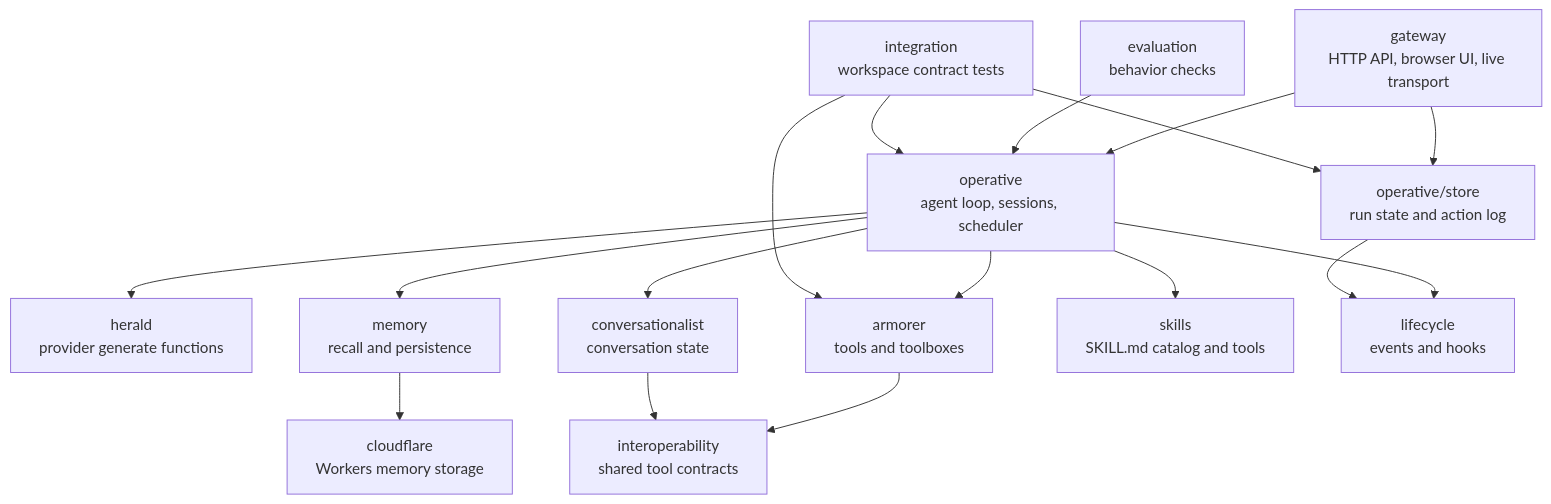
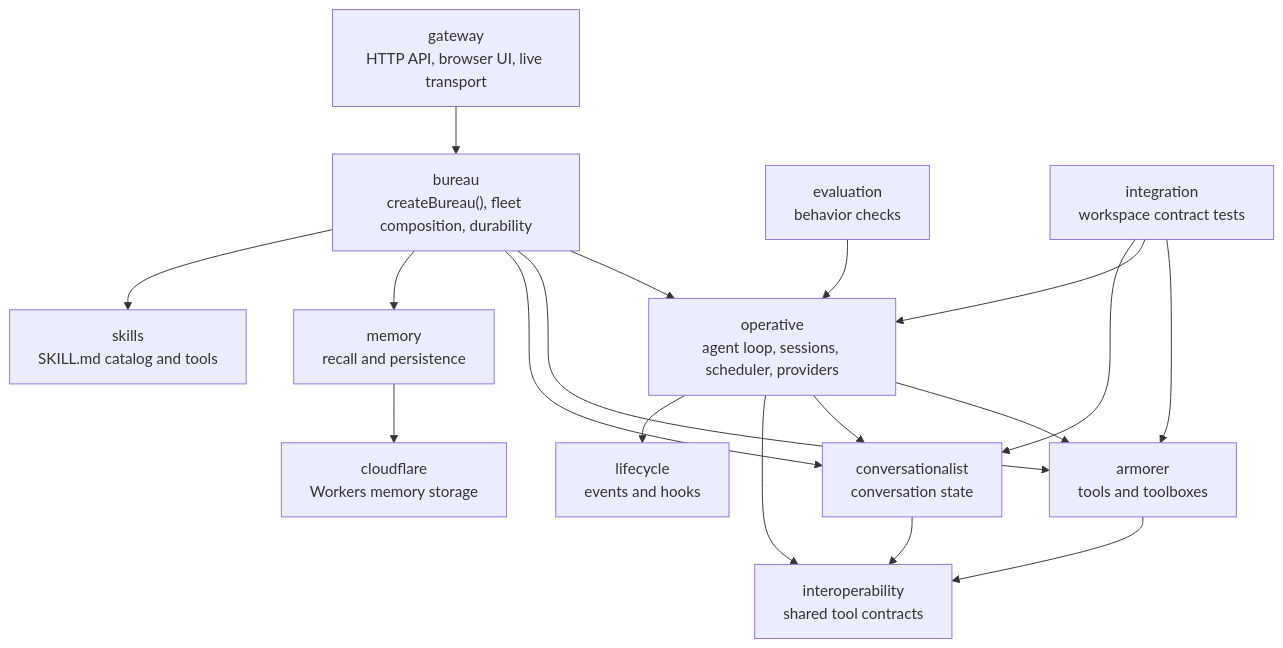
The diagram in README.md (stevekinney/agent-bureau), drawn with Mermaid before and after one commit. The commit also changed other lines of this file and 7 other files, not shown here.

````diff
--- a/README.md
+++ b/README.md
@@ -19,19 +19,20 @@
 ```mermaid
 flowchart TD
-  gateway["gateway\nHTTP API, browser UI, live transport"] --> operative["operative\nagent loop, sessions, scheduler"]
-  gateway --> operative_store["operative/store\nrun state and action log"]
-  operative --> herald["herald\nprovider generate functions"]
-  operative --> armorer["armorer\ntools and toolboxes"]
-  operative --> conversationalist["conversationalist\nconversation state"]
-  operative --> memory["memory\nrecall and persistence"]
-  operative --> skills["skills\nSKILL.md catalog and tools"]
+  gateway["gateway\nHTTP API, browser UI, live transport"] --> bureau["bureau\ncreateBureau(), fleet composition, durability"]
+  bureau --> operative["operative\nagent loop, sessions, scheduler, providers"]
+  bureau --> armorer["armorer\ntools and toolboxes"]
+  bureau --> conversationalist["conversationalist\nconversation state"]
+  bureau --> memory["memory\nrecall and persistence"]
+  bureau --> skills["skills\nSKILL.md catalog and tools"]
+  operative --> armorer
+  operative --> conversationalist
+  operative --> interoperability["interoperability\nshared tool contracts"]
+  operative --> lifecycle["lifecycle\nevents and hooks"]
   memory --> cloudflare["cloudflare\nWorkers memory storage"]
-  armorer --> interoperability["interoperability\nshared tool contracts"]
+  armorer --> interoperability
   conversationalist --> interoperability
-  operative --> lifecycle["lifecycle\nevents and hooks"]
-  operative_store --> lifecycle
   evaluation["evaluation\nbehavior checks"] --> operative
   integration["integration\nworkspace contract tests"] --> armorer
   integration --> operative
-  integration --> operative_store
+  integration --> conversationalist
 ```
````
